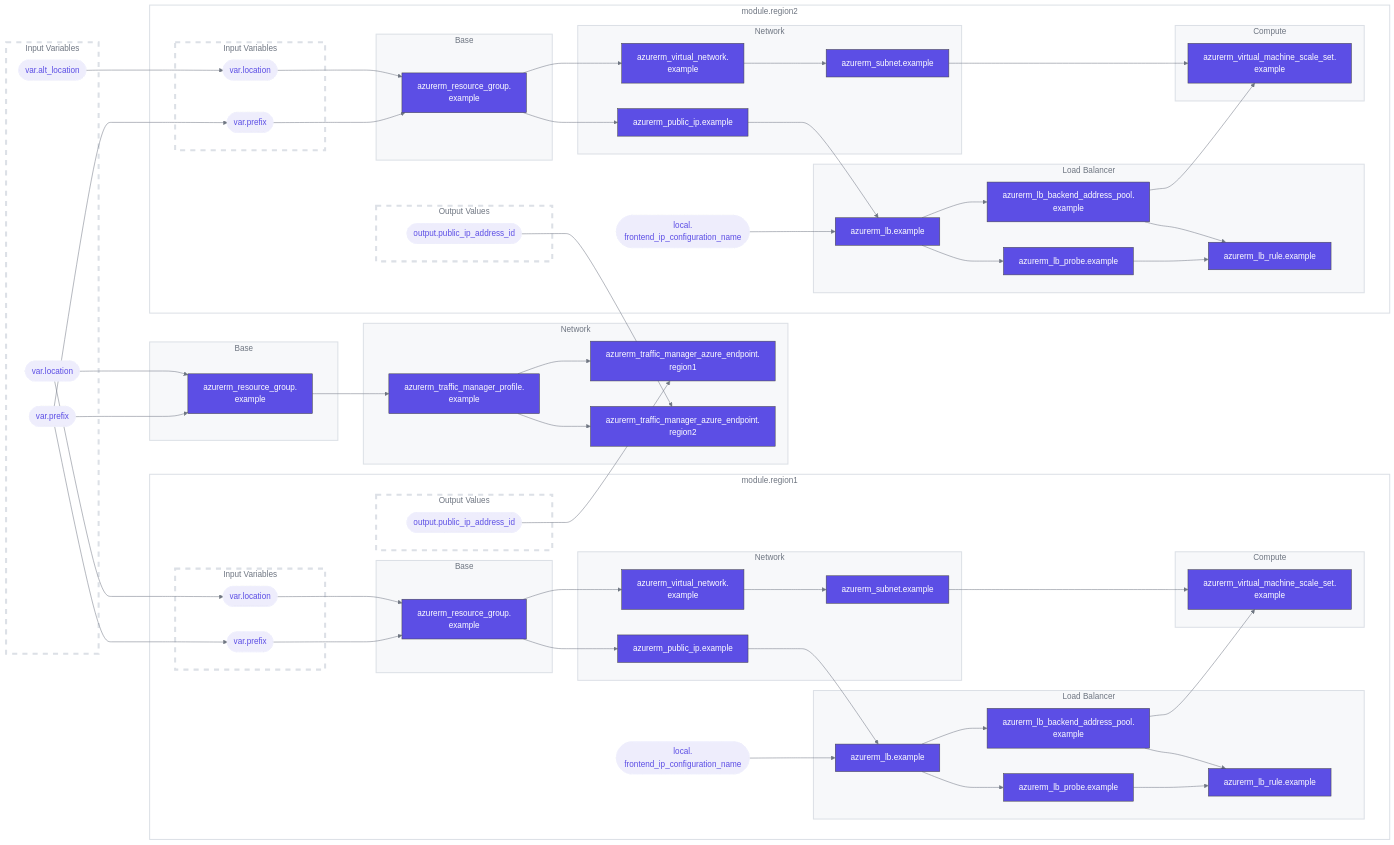
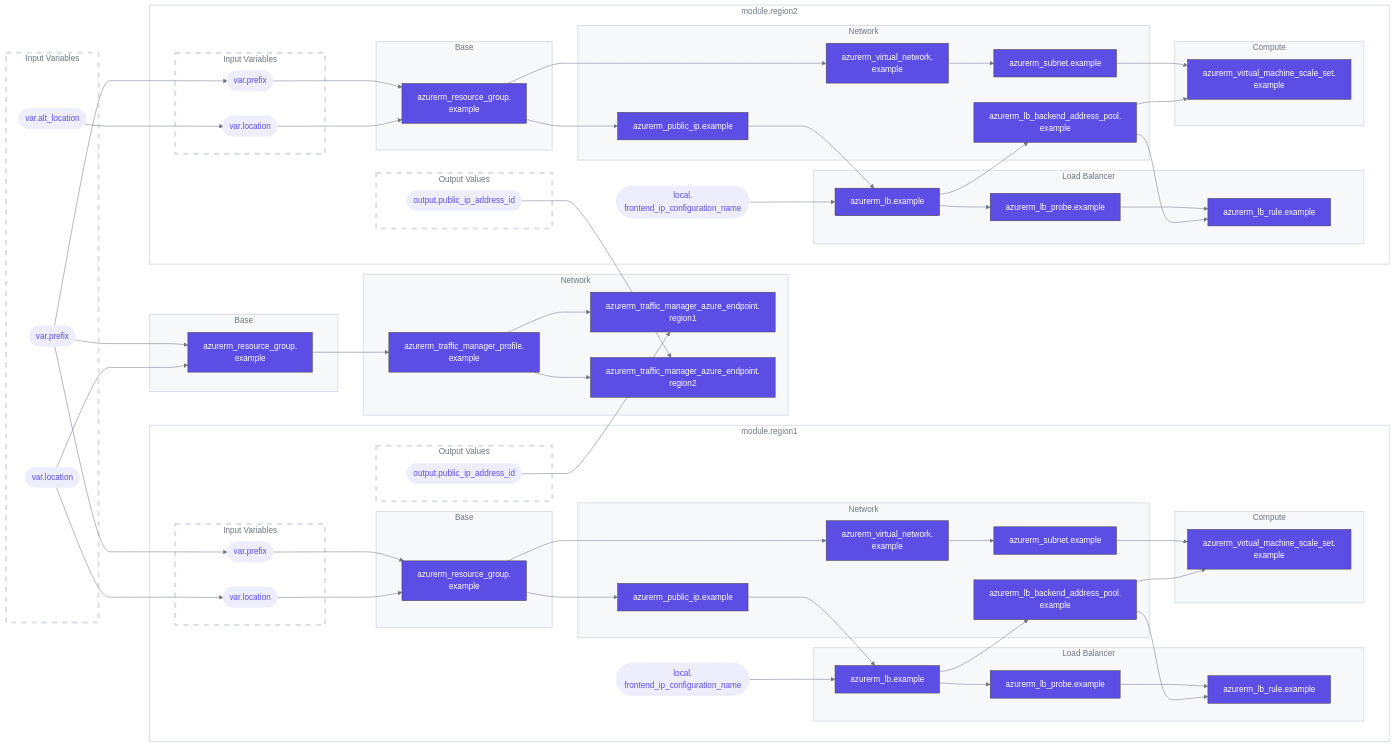
One commit to asannou/tfmermaid-action changed diagram 17 of 17 in README.md. Above: the diagram before and after it, drawn with Mermaid.

Commit message:
generated
https://github.com/asannou/tfmermaid-action/actions/runs/2414403292

```diff
--- a/README.md
+++ b/README.md
@@ -1371,17 +1371,17 @@
 subgraph "n6_padding"[" "]
 subgraph "n7"["Load Balancer"]
 n8["azurerm_lb.example"]:::r
-n9["azurerm_lb_backend_address_pool.<br/>example"]:::r
-na["azurerm_lb_probe.example"]:::r
-nb["azurerm_lb_rule.example"]:::r
+n9["azurerm_lb_probe.example"]:::r
+na["azurerm_lb_rule.example"]:::r
 end
 class n7 cs
-subgraph "nc"["Network"]
+subgraph "nb"["Network"]
+nc["azurerm_lb_backend_address_pool.<br/>example"]:::r
 nd["azurerm_public_ip.example"]:::r
 ne["azurerm_subnet.example"]:::r
 nf["azurerm_virtual_network.<br/>example"]:::r
 end
-class nc cs
+class nb cs
 subgraph "ng"["Base"]
 nh["azurerm_resource_group.<br/>example"]:::r
 end
@@ -1408,17 +1408,17 @@
 subgraph "nq_padding"[" "]
 subgraph "nr"["Load Balancer"]
 ns["azurerm_lb.example"]:::r
-nt["azurerm_lb_backend_address_pool.<br/>example"]:::r
-nu["azurerm_lb_probe.example"]:::r
-nv["azurerm_lb_rule.example"]:::r
+nt["azurerm_lb_probe.example"]:::r
+nu["azurerm_lb_rule.example"]:::r
 end
 class nr cs
-subgraph "nw"["Network"]
+subgraph "nv"["Network"]
+nw["azurerm_lb_backend_address_pool.<br/>example"]:::r
 nx["azurerm_public_ip.example"]:::r
 ny["azurerm_subnet.example"]:::r
 nz["azurerm_virtual_network.<br/>example"]:::r
 end
-class nw cs
+class nv cs
 subgraph "n10"["Base"]
 n11["azurerm_resource_group.<br/>example"]:::r
 end
@@ -1456,30 +1456,30 @@
 n1-->n5
 nd-->n8
 nm-->n8
+n8-->nc
 n8-->n9
-n8-->na
-n9-->nb
-na-->nb
+nc-->na
+n9-->na
 nh-->nd
 no-->nh
 np-->nh
 nf-->ne
-n9-->nj
+nc-->nj
 ne-->nj
 nh-->nf
 n1c--->no
 n1d--->np
 nx-->ns
 n16-->ns
+ns-->nw
 ns-->nt
-ns-->nu
-nt-->nv
-nu-->nv
+nw-->nu
+nt-->nu
 n11-->nx
 n18-->n11
 n19-->n11
 nz-->ny
-nt-->n13
+nw-->n13
 ny-->n13
 n11-->nz
 n1b--->n18
```
